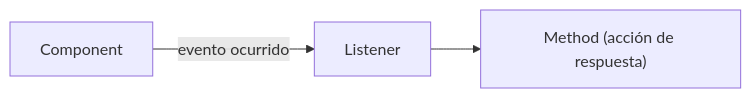
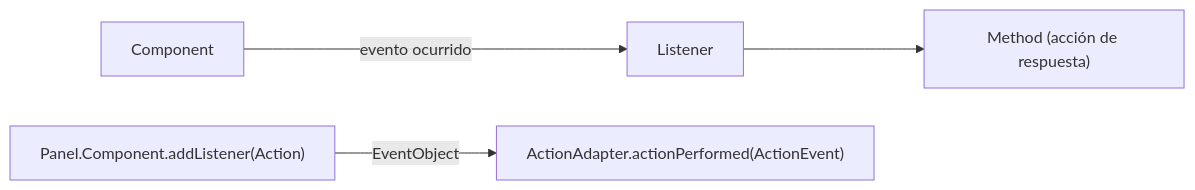
Before and after one commit to alexayca/java_practice: the first of 2 diagrams in events.md, drawn with Mermaid. The commit also changed other lines of this file, not shown here.

````diff
--- a/events.md
+++ b/events.md
@@ -18,6 +18,7 @@
 ```mermaid
-flowchart LR;
-   Component -- evento ocurrido --> Listener --> m["Method (acción de respuesta)"] ;
-   
+flowchart LR
+   Component -- evento ocurrido --> Listener --> m["Method (acción de respuesta)"]
+
+   jp["Panel.Component.addListener(Action)"] -- EventObject --> jl["ActionAdapter.actionPerformed(ActionEvent)"]
 
 ```
````
